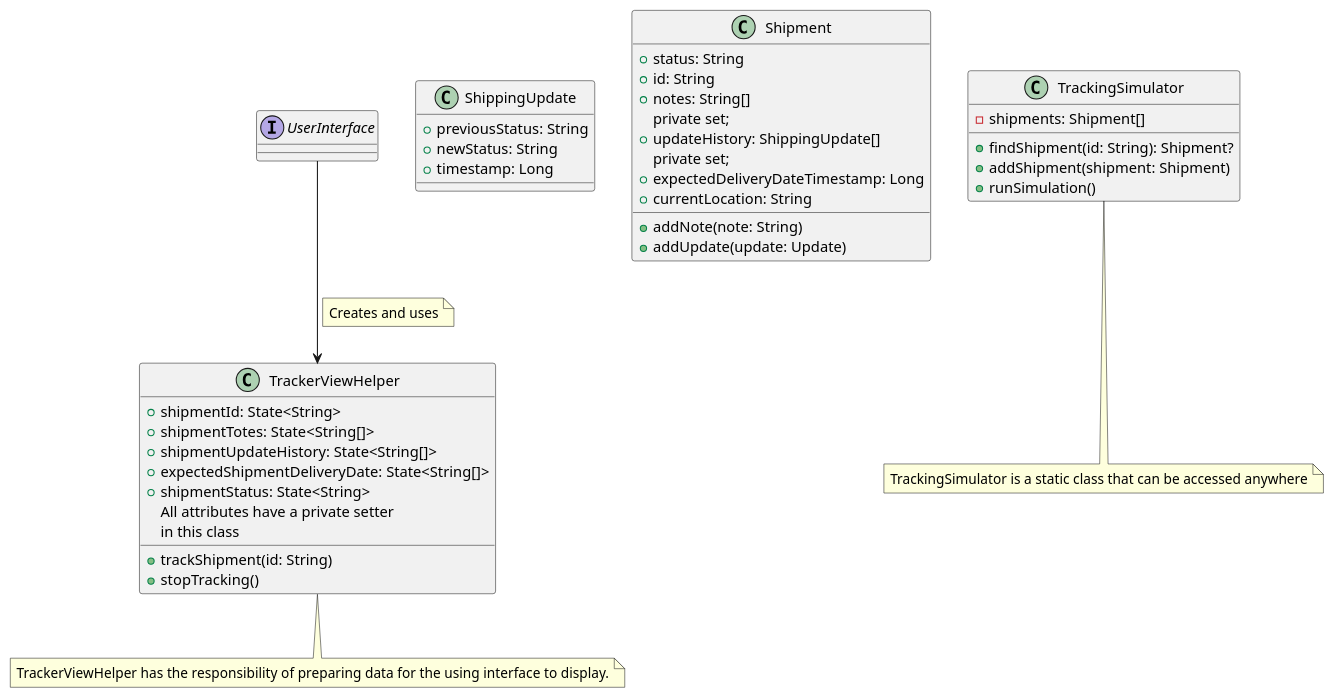
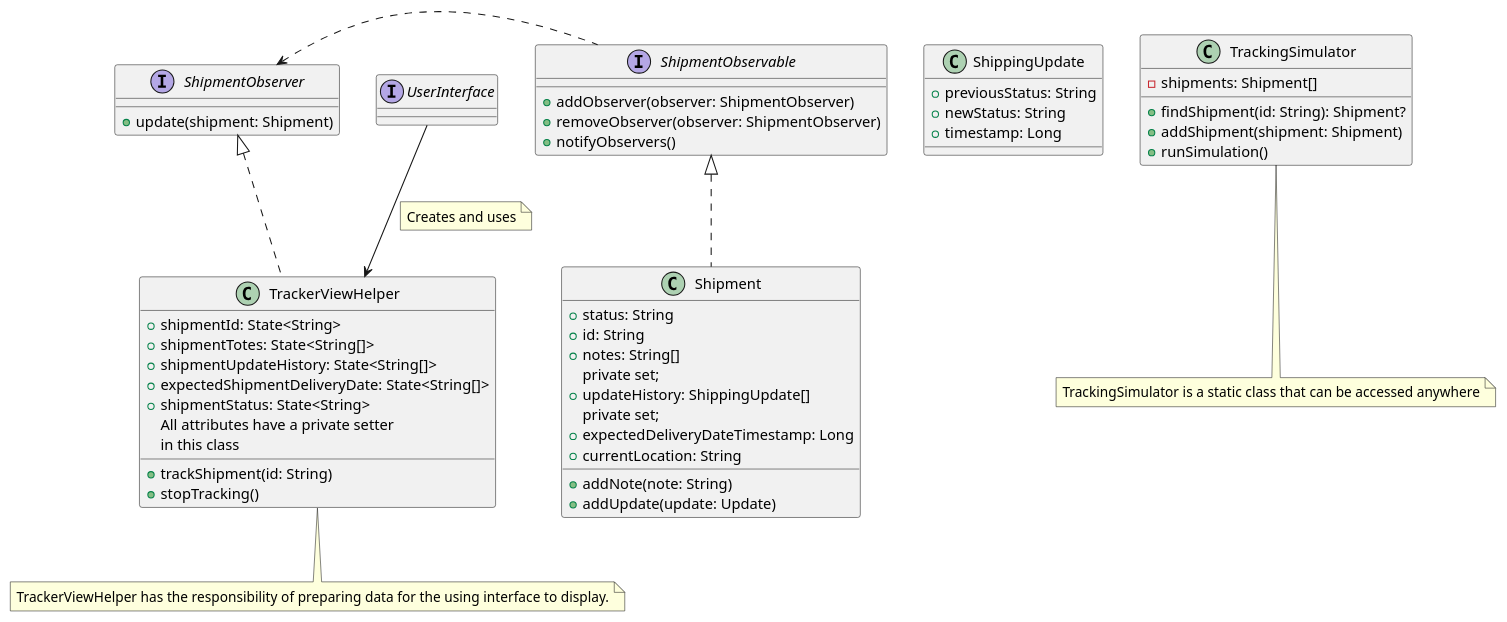
The diagram in diagrams/src/shipment-tracker.plantuml (quality-liquid/cs5700-assn2-shipment-tracker), drawn with PlantUML before and after one commit.

Commit message:
udpated uml with continued design adjustments including observer pattern for shipments and tracker view helpers. Next is strategy pattern for shipping updates and shipments

```diff
--- a/diagrams/src/shipment-tracker.plantuml
+++ b/diagrams/src/shipment-tracker.plantuml
@@ -1,54 +1,66 @@
 @startuml "Shipment Tracker"
 
 interface UserInterface
 
 class TrackerViewHelper {
     + shipmentId: State<String>
     + shipmentTotes: State<String[]>
     + shipmentUpdateHistory: State<String[]>
     + expectedShipmentDeliveryDate: State<String[]>
     + shipmentStatus: State<String>
     All attributes have a private setter
     in this class
 
     + trackShipment(id: String)
     + stopTracking()
 }
 
-UserInterface --> TrackerViewHelper
-note on link: Creates and uses
+interface ShipmentObserver {
+    + update(shipment: Shipment)
+}
+
+interface ShipmentObservable {
+    + addObserver(observer: ShipmentObserver)
+    + removeObserver(observer: ShipmentObserver)
+    + notifyObservers()
+}
     
 note "TrackerViewHelper has the responsibility of preparing data for the using interface to display." as viewHelperNote
-
-TrackerViewHelper -- viewHelperNote
 
 class ShippingUpdate {
     + previousStatus: String
     + newStatus: String
     + timestamp: Long
 }
 
 class Shipment {
     +status: String
     +id: String
     +notes: String[]
     private set;
     +updateHistory: ShippingUpdate[]
     private set;
     +expectedDeliveryDateTimestamp: Long
     +currentLocation: String
     +addNote(note: String)
     +addUpdate(update: Update)
 }
 
 class TrackingSimulator {
     - shipments: Shipment[]
     + findShipment(id: String): Shipment?
     + addShipment(shipment: Shipment)
     + runSimulation()
 }
 
 note "TrackingSimulator is a static class that can be accessed anywhere" as tsimnote
+
+TrackerViewHelper .u.|> ShipmentObserver
+ShipmentObservable .l.> ShipmentObserver
+Shipment .u.|> ShipmentObservable
+UserInterface --> TrackerViewHelper
+note on link: Creates and uses
+TrackerViewHelper -- viewHelperNote
 TrackingSimulator -- tsimnote
 
 @enduml
```
